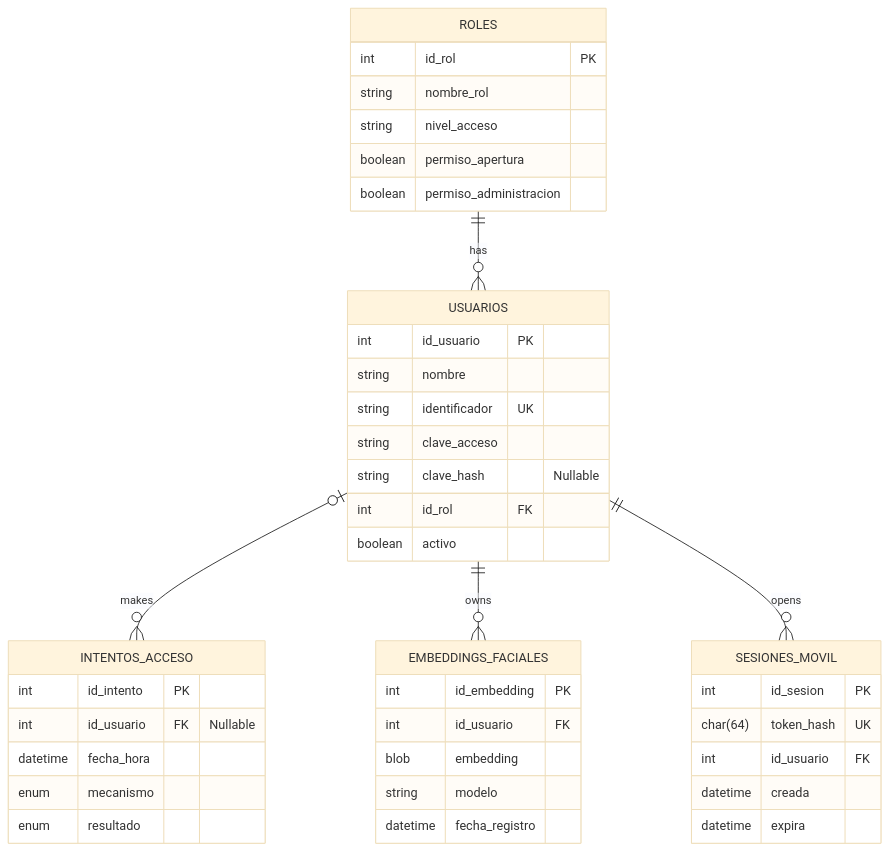
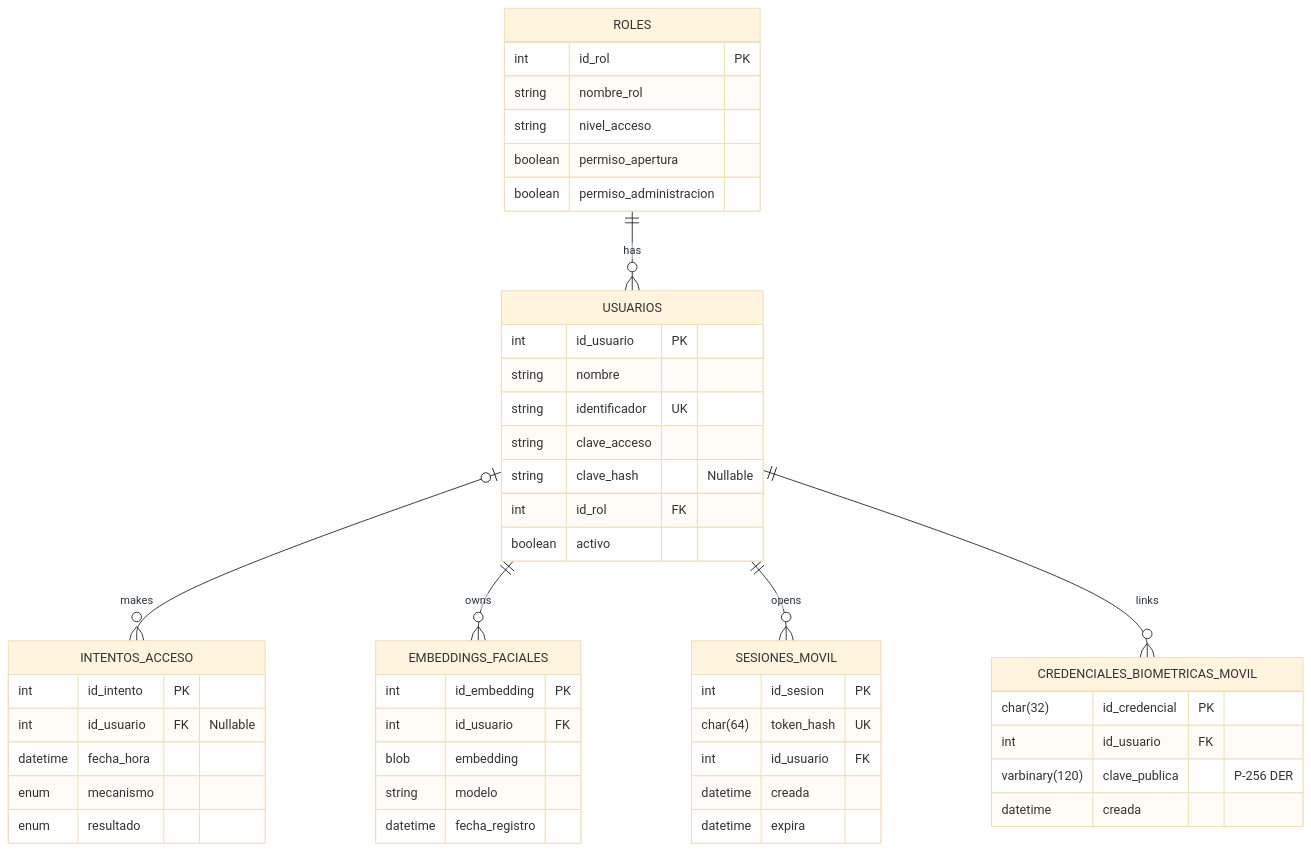
Before and after one commit to Gowrgie/ControlAccesoLocal: the diagram in documentacion/data.md, drawn with Mermaid (base theme). The commit also changed 43 other files, not shown here.

````diff
--- a/documentacion/data.md
+++ b/documentacion/data.md
@@ -1,49 +1,57 @@
 ```mermaid
 erDiagram
     ROLES ||--o{ USUARIOS : "has"
     USUARIOS |o--o{ INTENTOS_ACCESO : "makes"
     USUARIOS ||--o{ EMBEDDINGS_FACIALES : "owns"
     USUARIOS ||--o{ SESIONES_MOVIL : "opens"
+    USUARIOS ||--o{ CREDENCIALES_BIOMETRICAS_MOVIL : "links"
 
     ROLES {
         int id_rol PK
         string nombre_rol
         string nivel_acceso
         boolean permiso_apertura
         boolean permiso_administracion
     }
 
     USUARIOS {
         int id_usuario PK
         string nombre
         string identificador UK
         string clave_acceso
         string clave_hash "Nullable"
         int id_rol FK
         boolean activo
     }
 
     INTENTOS_ACCESO {
         int id_intento PK
         int id_usuario FK "Nullable"
         datetime fecha_hora
         enum mecanismo
         enum resultado
     }
 
     EMBEDDINGS_FACIALES {
         int id_embedding PK
         int id_usuario FK
         blob embedding
         string modelo
         datetime fecha_registro
     }
 
     SESIONES_MOVIL {
         int id_sesion PK
         char(64) token_hash UK
         int id_usuario FK
         datetime creada
         datetime expira
     }
+
+    CREDENCIALES_BIOMETRICAS_MOVIL {
+        char(32) id_credencial PK
+        int id_usuario FK
+        varbinary(120) clave_publica "P-256 DER"
+        datetime creada
+    }
 ```
````
